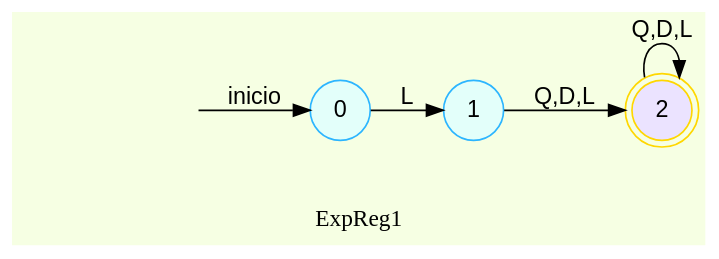
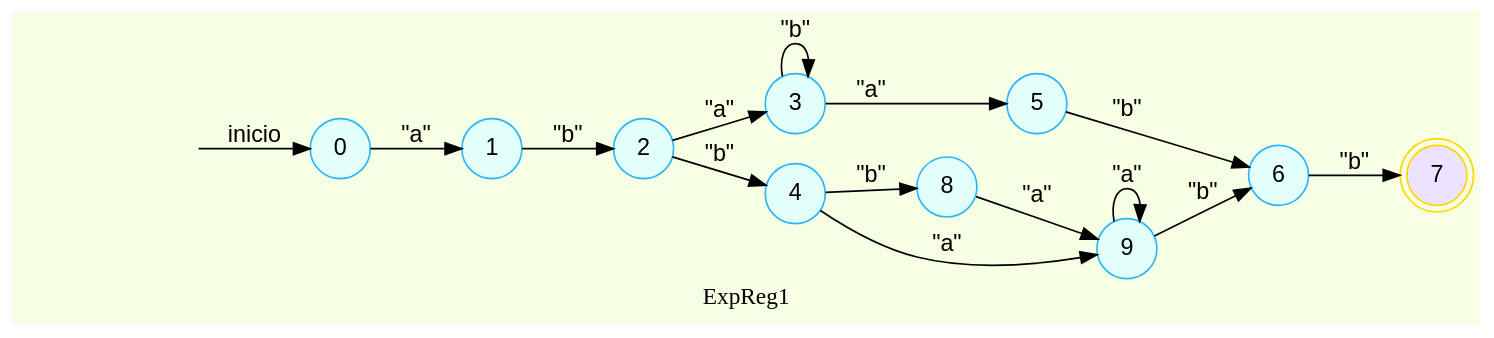
One commit to SergieArizandieta/OLC1-P1-202000119 changed the diagram in AFD_202000119/ExpReg1.dot. Above: the diagram before and after it, drawn with Graphviz. The commit also changed 84 other files, not shown here.

```diff
--- a/AFD_202000119/ExpReg1.dot
+++ b/AFD_202000119/ExpReg1.dot
@@ -1,15 +1,25 @@
 digraph finite_state_machine {
 	bgcolor = "#F6FFE3"
 	node [fontname="Helvetica,Arial,sans-serif" ]
 	edge [fontname="Helvetica,Arial,sans-serif"]
 	rankdir=LR;
 	node [shape = doublecircle, color = gold fillcolor="#EBE3FF" style =filled];
-2;
+7;
 	node [shape = circle, color = "#2CB5FF" fillcolor="#E3FFFA" style =filled];
 
 	flechainicio [style=invis];
 	flechainicio -> 0 [label="inicio"];
-0->1[label = "L"];
-1->2[label = "Q,D,L"];
-2->2[label = "Q,D,L"];
+0->1[label = "\"a\""];
+1->2[label = "\"b\""];
+2->3[label = "\"a\""];
+3->3[label = "\"b\""];
+3->5[label = "\"a\""];
+5->6[label = "\"b\""];
+6->7[label = "\"b\""];
+4->8[label = "\"b\""];
+8->9[label = "\"a\""];
+9->9[label = "\"a\""];
+9->6[label = "\"b\""];
+4->9[label = "\"a\""];
+2->4[label = "\"b\""];
 label= ExpReg1}
```
